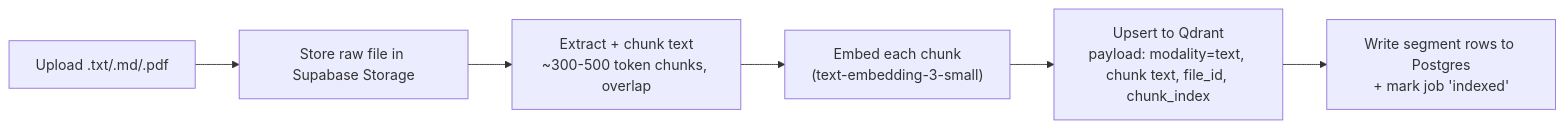
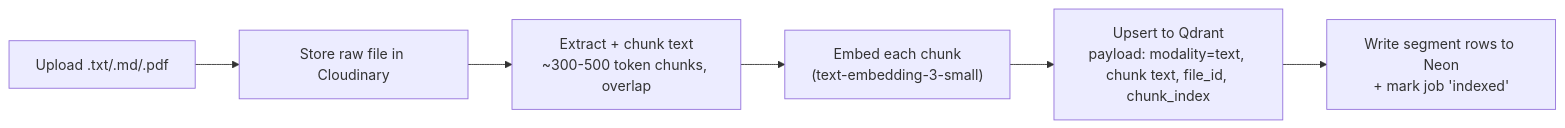
Before and after one commit to OmgItsAmmer/Scrutinize: the second of 5 diagrams in docs/architecture/architecture.md, drawn with Mermaid. The commit also changed other lines of this file and 70 other files, not shown here.

````diff
--- a/docs/architecture/architecture.md
+++ b/docs/architecture/architecture.md
@@ -163,8 +168,8 @@
 ```mermaid
 flowchart LR
-    A[Upload .txt/.md/.pdf] --> B[Store raw file in Supabase Storage]
+    A[Upload .txt/.md/.pdf] --> B[Store raw file in Cloudinary]
     B --> C[Extract + chunk text<br/>~300-500 token chunks, overlap]
     C --> D["Embed each chunk<br/>(text-embedding-3-small)"]
     D --> E["Upsert to Qdrant<br/>payload: modality=text, chunk text, file_id, chunk_index"]
-    E --> F["Write segment rows to Postgres<br/>+ mark job 'indexed'"]
+    E --> F["Write segment rows to Neon<br/>+ mark job 'indexed'"]
 ```
````
